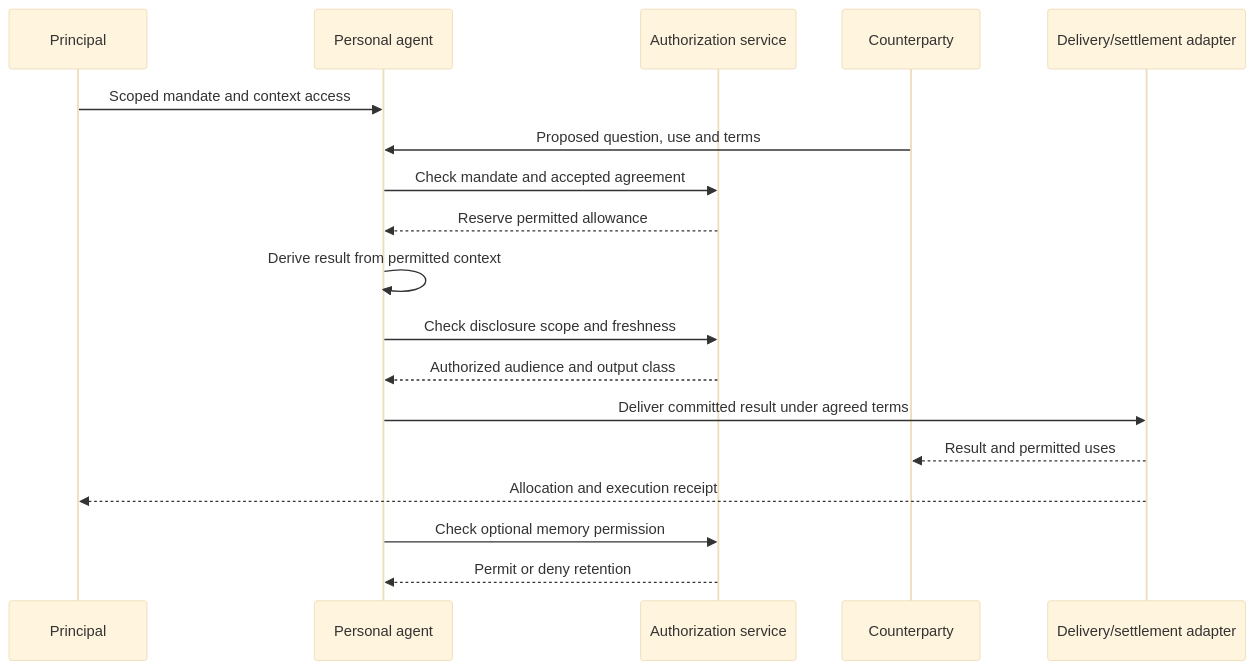
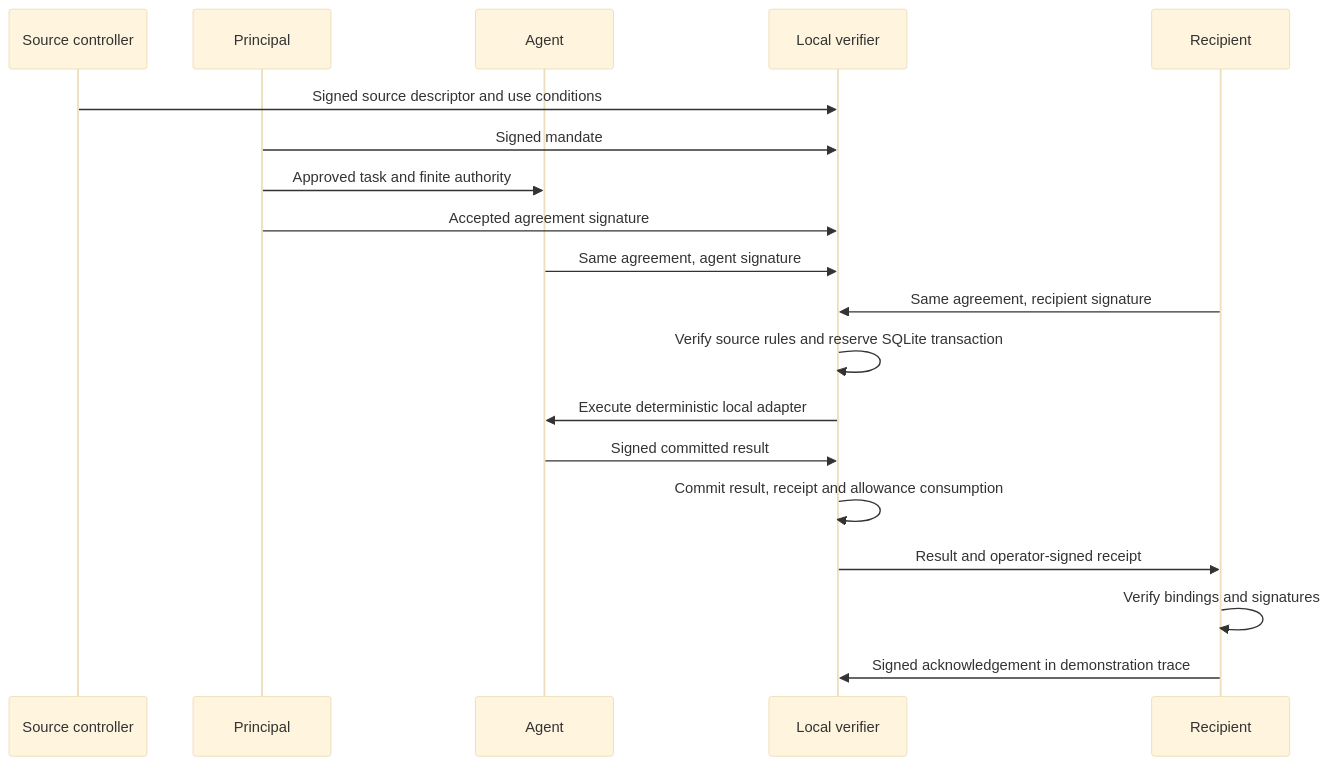
Before and after one commit to Agent-SDP404/sdp-protocol: the second of 2 diagrams in docs/architecture.md, drawn with Mermaid (base theme). The commit also changed other lines of this file and 47 other files, not shown here.

Commit message:
Release AGENT-SDP404 2.0: source-aware exchange and executable reference alpha

````diff
--- a/docs/architecture.md
+++ b/docs/architecture.md
@@ -50,20 +32,21 @@
 ```mermaid
 sequenceDiagram
-    participant U as Principal
-    participant A as Personal agent
-    participant V as Authorization service
-    participant B as Counterparty
-    participant D as Delivery/settlement adapter
-    U->>A: Scoped mandate and context access
-    B->>A: Proposed question, use and terms
-    A->>V: Check mandate and accepted agreement
-    V-->>A: Reserve permitted allowance
-    A->>A: Derive result from permitted context
-    A->>V: Check disclosure scope and freshness
-    V-->>A: Authorized audience and output class
-    A->>D: Deliver committed result under agreed terms
-    D-->>B: Result and permitted uses
-    D-->>U: Allocation and execution receipt
-    A->>V: Check optional memory permission
-    V-->>A: Permit or deny retention
+  participant S as Source controller
+  participant P as Principal
+  participant A as Agent
+  participant V as Local verifier
+  participant R as Recipient
+  S->>V: Signed source descriptor and use conditions
+  P->>V: Signed mandate
+  P->>A: Approved task and finite authority
+  P->>V: Accepted agreement signature
+  A->>V: Same agreement, agent signature
+  R->>V: Same agreement, recipient signature
+  V->>V: Verify source rules and reserve SQLite transaction
+  V->>A: Execute deterministic local adapter
+  A->>V: Signed committed result
+  V->>V: Commit result, receipt and allowance consumption
+  V->>R: Result and operator-signed receipt
+  R->>R: Verify bindings and signatures
+  R->>V: Signed acknowledgement in demonstration trace
 ```
````
